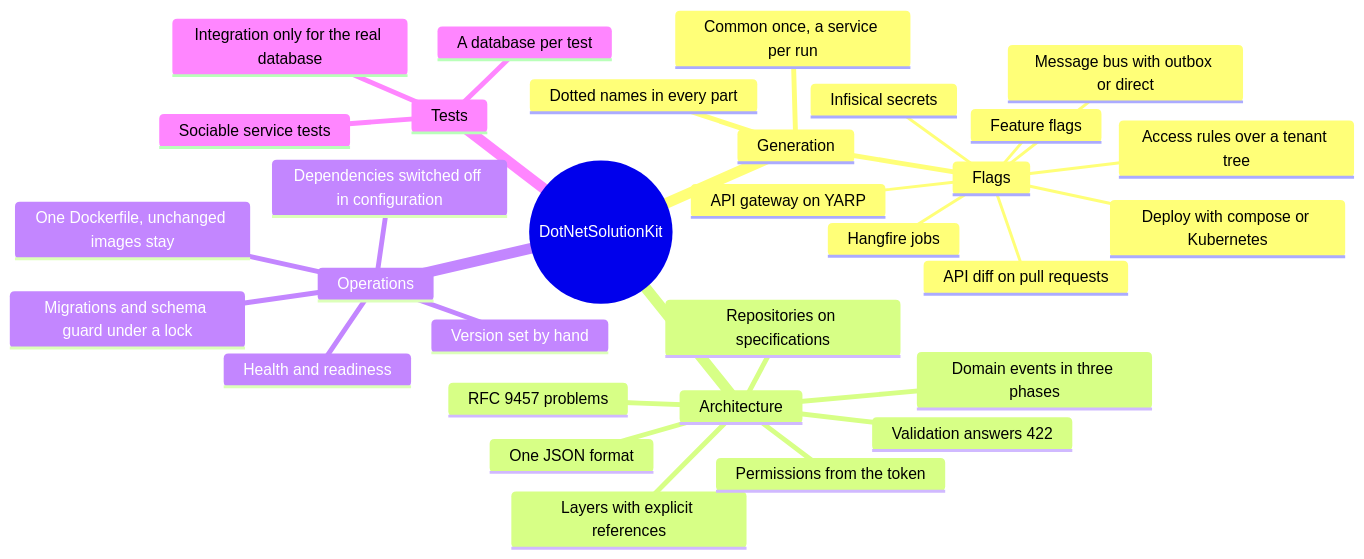
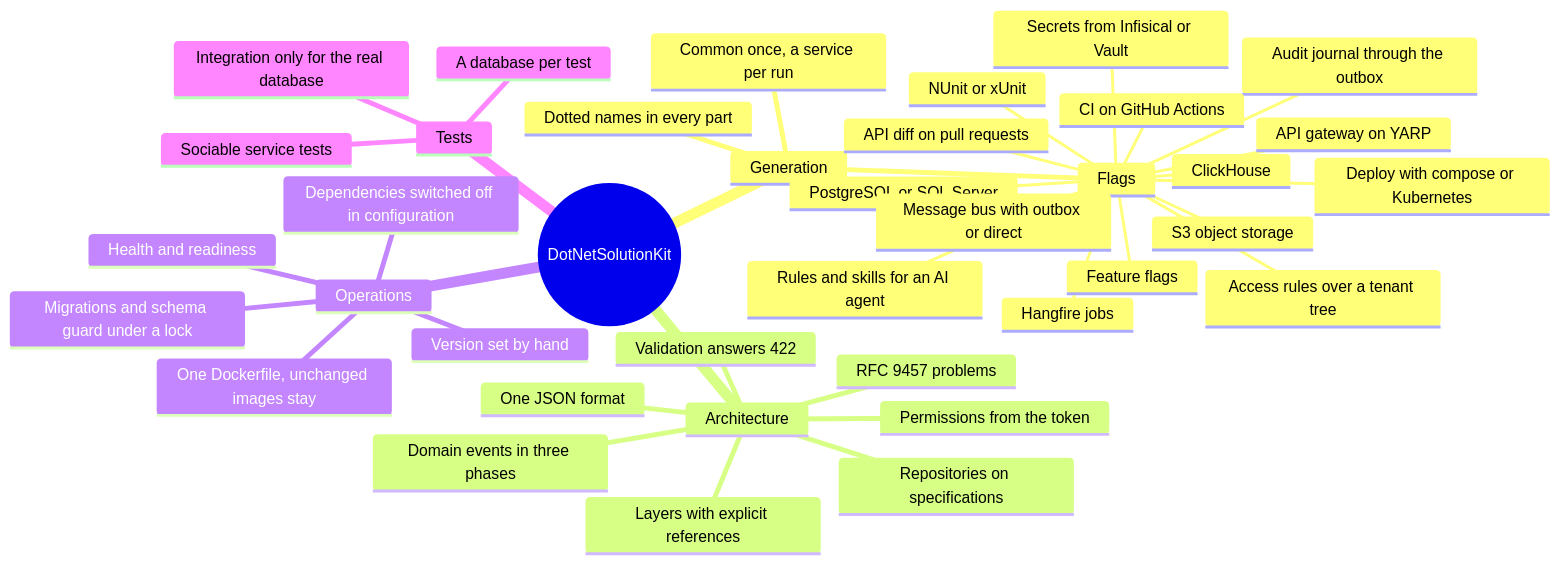
Before and after one commit to Vovanda/DotNetSolutionKit: the diagram in docs/README.md, drawn with Mermaid. The commit also changed other lines of this file and 5 other files, not shown here.

````diff
--- a/docs/README.md
+++ b/docs/README.md
@@ -5,34 +5,41 @@
 ```mermaid
 mindmap
   root((DotNetSolutionKit))
     Generation
       Common once, a service per run
       Dotted names in every part
       Flags
+        PostgreSQL or SQL Server
         Hangfire jobs
         Message bus with outbox or direct
-        Infisical secrets
+        Secrets from Infisical or Vault
+        S3 object storage
+        ClickHouse
+        Audit journal through the outbox
         Feature flags
         API diff on pull requests
         Access rules over a tenant tree
         API gateway on YARP
+        CI on GitHub Actions
         Deploy with compose or Kubernetes
+        NUnit or xUnit
+        Rules and skills for an AI agent
     Architecture
       Layers with explicit references
       Domain events in three phases
       Repositories on specifications
       RFC 9457 problems
       Validation answers 422
       Permissions from the token
       One JSON format
     Operations
       One Dockerfile, unchanged images stay
       Health and readiness
       Migrations and schema guard under a lock
       Dependencies switched off in configuration
       Version set by hand
     Tests
       Sociable service tests
       A database per test
       Integration only for the real database
 ```
````
